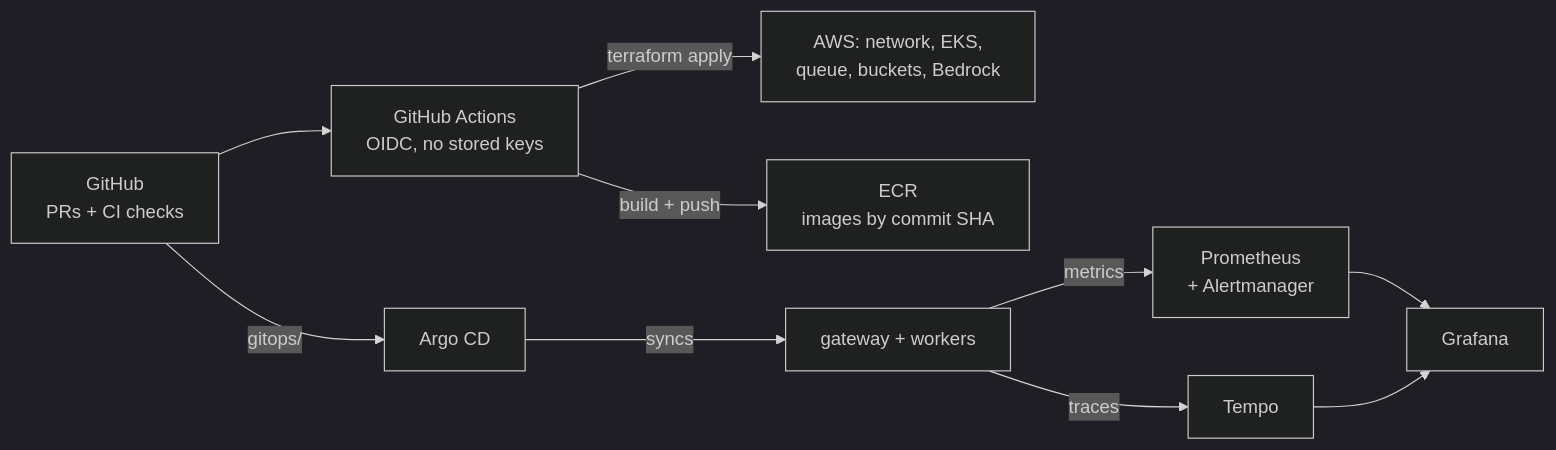
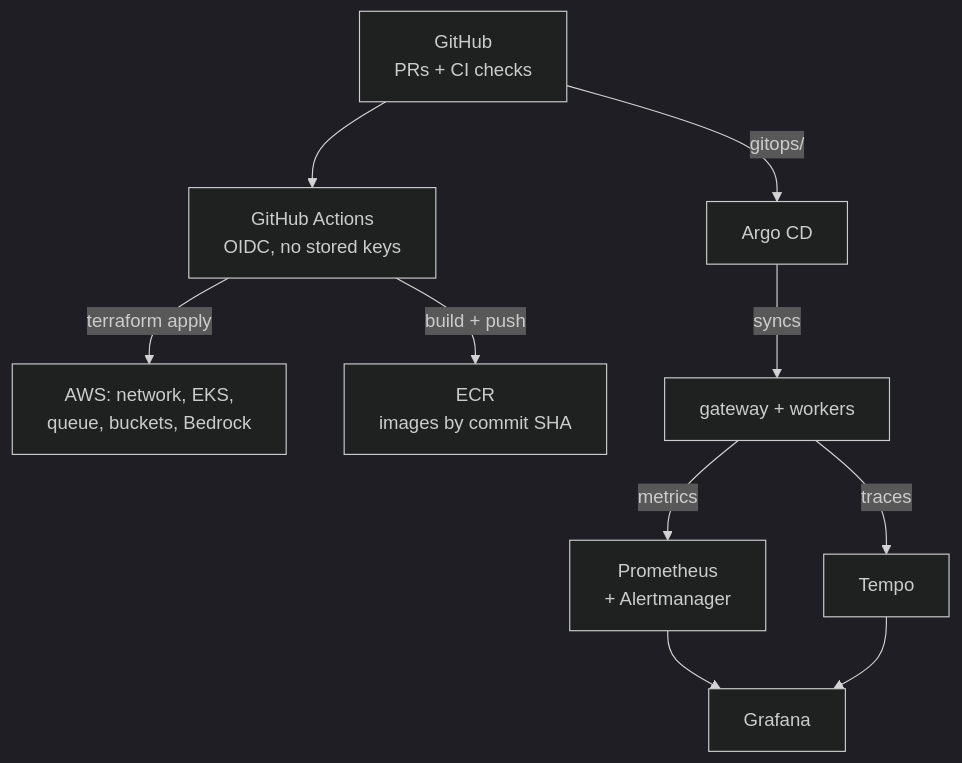
Before and after one commit to tonydwilliams616/clinical-trial-matching-llmops: the second of 2 diagrams in README.md, drawn with Mermaid (dark theme). The commit also changed other lines of this file, not shown here.

Commit message:
Draw the architecture diagrams top to bottom

````diff
--- a/README.md
+++ b/README.md
@@ -31,12 +31,12 @@
 ```mermaid
-flowchart LR
+flowchart TB
   gh["GitHub<br/>PRs + CI checks"] --> gha["GitHub Actions<br/>OIDC, no stored keys"]
   gha -- "terraform apply" --> infra["AWS: network, EKS,<br/>queue, buckets, Bedrock"]
   gha -- "build + push" --> ecr["ECR<br/>images by commit SHA"]
   gh -- "gitops/" --> argo["Argo CD"]
   argo -- "syncs" --> apps["gateway + workers"]
   apps -- "metrics" --> prom["Prometheus<br/>+ Alertmanager"]
   apps -- "traces" --> tempo["Tempo"]
   prom --> graf["Grafana"]
   tempo --> graf
 ```
````
